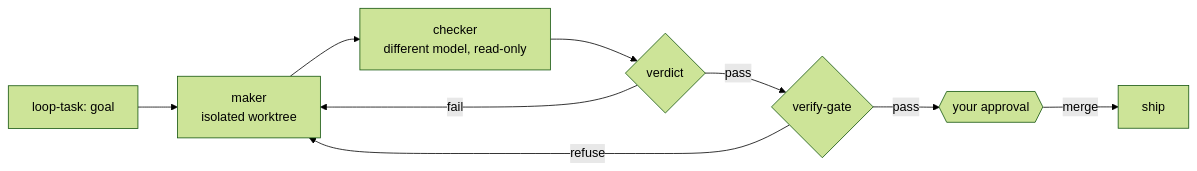
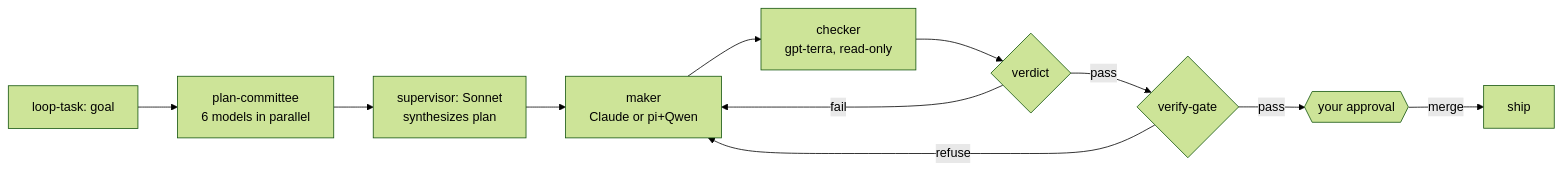
One commit to eshwarvijay/secondmate changed the diagram in README.md. Above: the diagram before and after it, drawn with Mermaid (forest theme). The commit also changed other lines of this file and 1 other file, not shown here.

Commit message:
docs: update README + ARCHITECTURE for v0.1.3 plan-committee

````diff
--- a/README.md
+++ b/README.md
@@ -52,11 +52,13 @@
 ```mermaid
 flowchart LR
-    A[loop-task: goal] --> M[maker<br/>isolated worktree]
-    M --> C[checker<br/>different model, read-only]
+    A[loop-task: goal] --> P[plan-committee<br/>6 models in parallel]
+    P --> S[supervisor: Sonnet<br/>synthesizes plan]
+    S --> M[maker<br/>Claude or pi+Qwen]
+    M --> C[checker<br/>gpt-terra, read-only]
     C --> V{verdict}
     V -- fail --> M
     V -- pass --> G{verify-gate}
     G -- refuse --> M
     G -- pass --> H{{your approval}}
     H -- merge --> D[ship]
 ```
````
